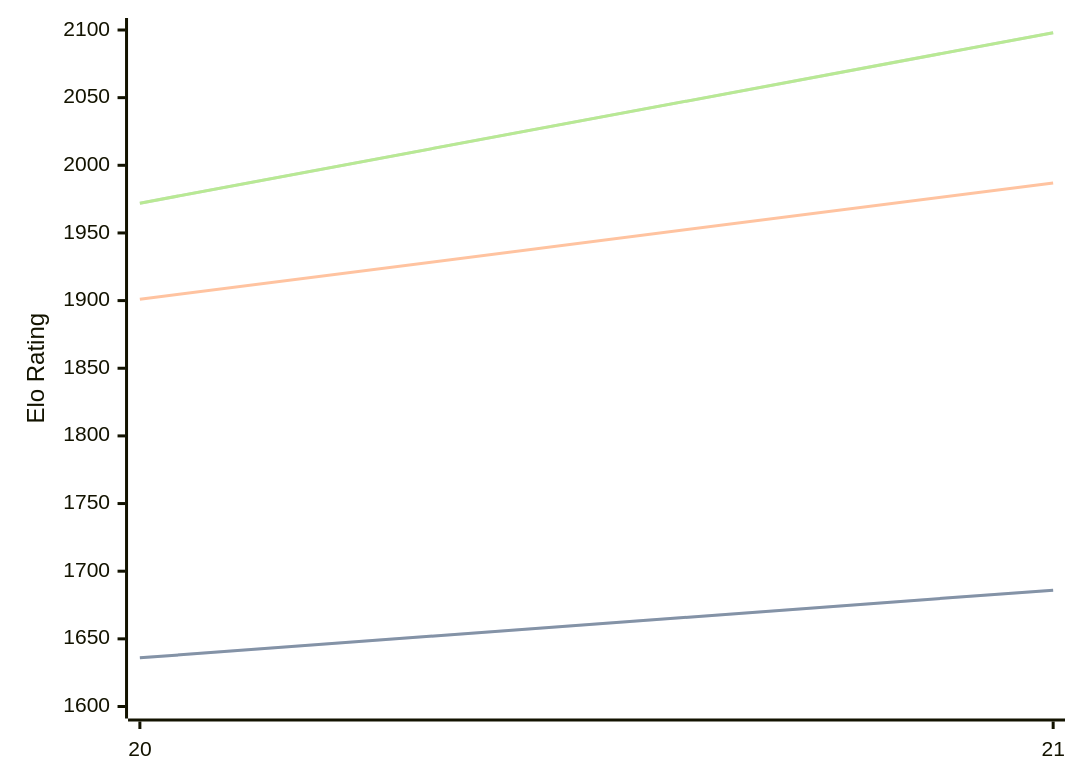
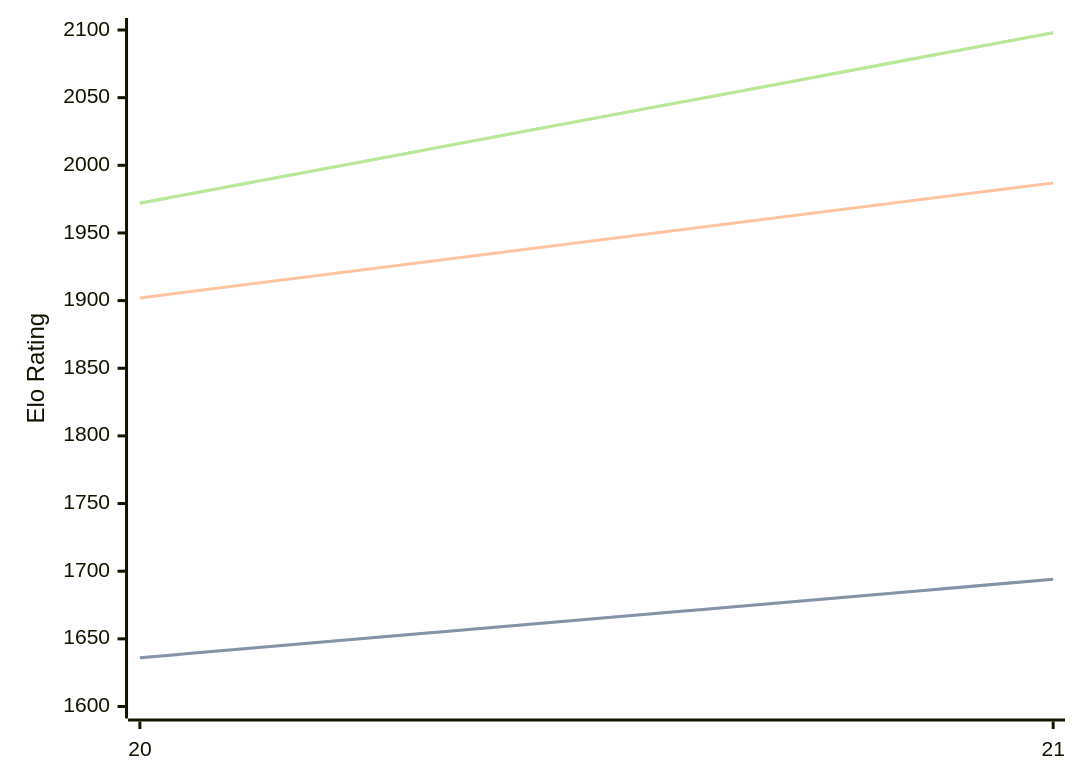
One commit to computer-chess-index/cci changed the diagram in engines/PurplePanda.md. Above: the diagram before and after it, drawn with Mermaid. The commit also changed other lines of this file, not shown here.

````diff
--- a/engines/PurplePanda.md
+++ b/engines/PurplePanda.md
@@ -40,11 +40,11 @@
 ```mermaid
 %%{init: {"theme":"base","themeVariables":{"seriesColors:['#a3a3a3','#222221','#faa371']}}}%%
 xychart-beta
   x-axis ["20", "21"]
   y-axis "Elo Rating" 1600 --> 2100
-  line "STC (8.0+0.08s)" [1636, 1686]
-  line "STC (8.0+0.08s)" [1636, 1686]
-  line "LTC (60.0+0.60s)" [1901, 1987]
+  line "STC (8.0+0.08s)" [1636, 1694]
+  line "STC (8.0+0.08s)" [1636, 1694]
+  line "LTC (60.0+0.60s)" [1902, 1987]
   line "VLTC (2m24s+1.12s)" [1972, 2098]
   line "VLTC (2m24s+1.12s)" [1972, 2098]
 ```
````
